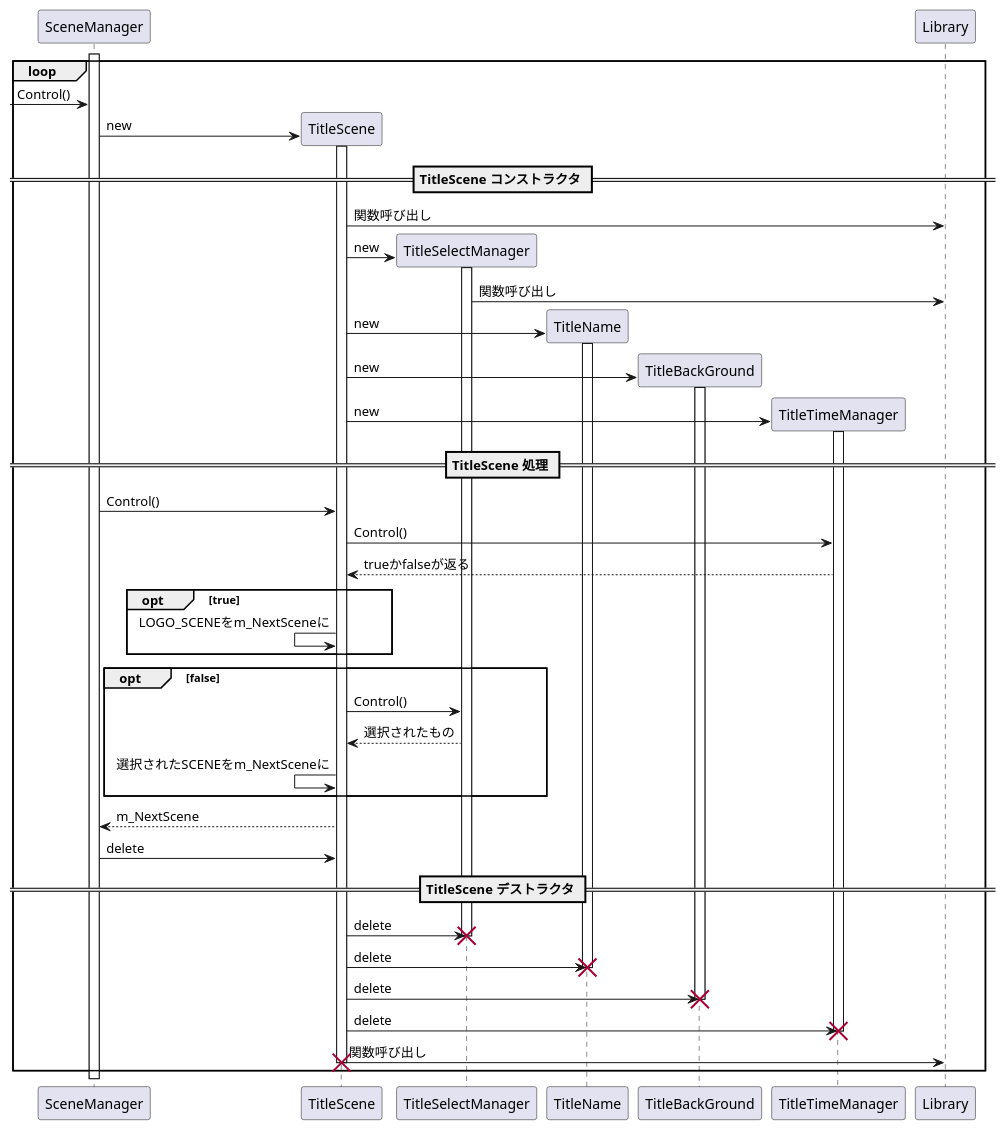
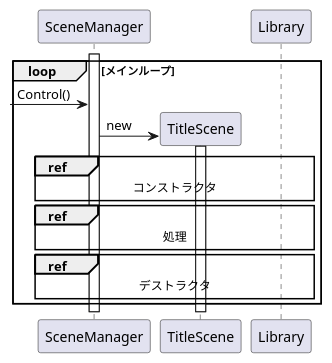
Before and after one commit to human-osaka-game-2019/uml: the diagram in kamikubo/sequence.pu, drawn with PlantUML. The commit also changed 3 other files, not shown here.

Commit message:
シーケンス図を修正

```diff
--- a/kamikubo/sequence.pu
+++ b/kamikubo/sequence.pu
@@ -1,79 +1,21 @@
 @startuml
-
 participant SceneManager
 participant TitleScene
-participant TitleSelectManager
-participant TitleName
-participant TitleBackGround
-participant TitleTimeManager
+participant Library
 
-loop
+loop メインループ
 
 activate SceneManager
 [-> SceneManager: Control()
 
 create TitleScene
 SceneManager->TitleScene:new
 activate TitleScene
 
-== TitleScene コンストラクタ ==
-Library<-TitleScene:関数呼び出し
-
-create TitleSelectManager
-TitleScene->TitleSelectManager:new
-activate TitleSelectManager
-
-Library<-TitleSelectManager: 関数呼び出し
-
-create TitleName
-TitleScene->TitleName:new
-activate TitleName
-
-create TitleBackGround
-TitleScene->TitleBackGround:new
-activate TitleBackGround
-
-create TitleTimeManager
-TitleScene->TitleTimeManager:new
-activate TitleTimeManager
-
-== TitleScene 処理 ==
-
-SceneManager->TitleScene:Control()
-TitleScene->TitleTimeManager:Control()
-TitleScene<--TitleTimeManager:trueかfalseが返る
-
-opt true
-TitleScene<-TitleScene:LOGO_SCENEをm_NextSceneに
-end
-
-opt false
-TitleScene->TitleSelectManager:Control()
-TitleScene<--TitleSelectManager:選択されたもの
-TitleScene<-TitleScene:選択されたSCENEをm_NextSceneに
-end
-
-SceneManager<--TitleScene:m_NextScene
-SceneManager->TitleScene:delete
-
-== TitleScene デストラクタ ==
-TitleScene->TitleSelectManager:delete
-deactivate TitleSelectManager
-destroy TitleSelectManager
-TitleScene->TitleName:delete
-deactivate TitleName
-destroy TitleName
-TitleScene->TitleBackGround:delete
-deactivate TitleBackGround
-destroy TitleBackGround
-TitleScene->TitleTimeManager:delete
-deactivate TitleTimeManager
-destroy TitleTimeManager
-Library<-TitleScene:関数呼び出し
-
-deactivate TitleScene
-destroy TitleScene
+ref over SceneManager, Library : コンストラクタ
+ref over SceneManager, Library : 処理
+ref over SceneManager, Library : デストラクタ
 
 end
 
 @enduml
```
